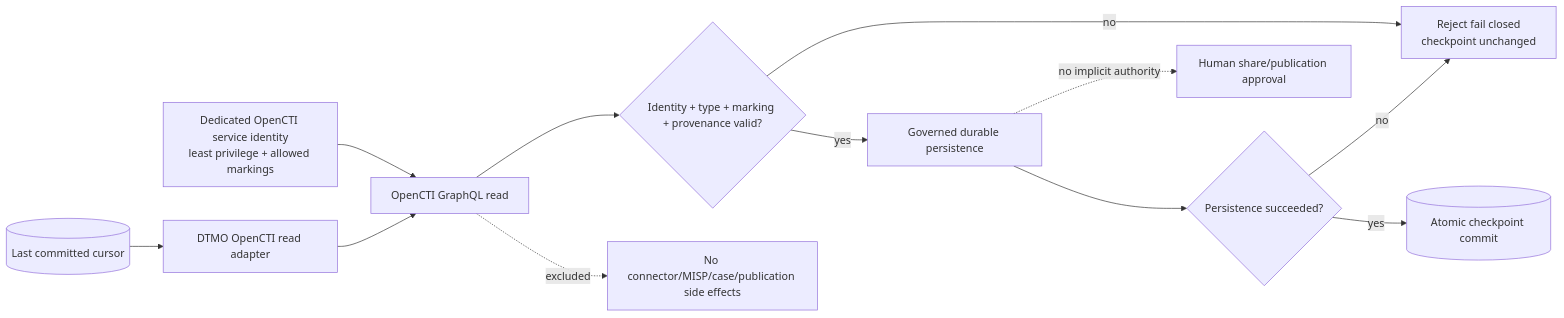
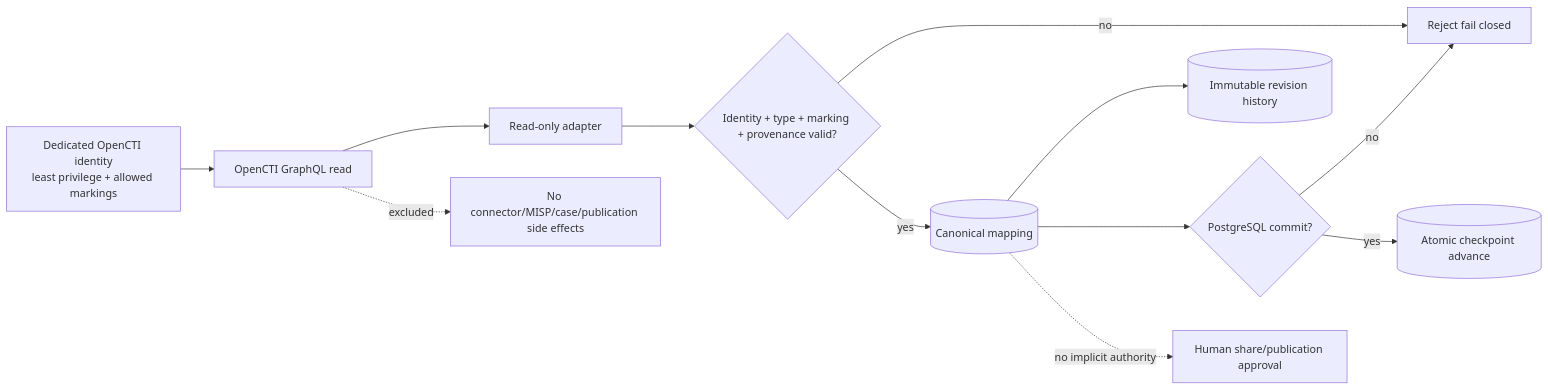
One commit to GJvManen/dtmo changed the diagram in docs/security/SECURITY_OVERVIEW.md. Above: the diagram before and after it, drawn with Mermaid. The commit also changed other lines of this file, not shown here.

Commit message:
Phase 11.4: document OpenCTI persistence security boundary

````diff
--- a/docs/security/SECURITY_OVERVIEW.md
+++ b/docs/security/SECURITY_OVERVIEW.md
@@ -60,14 +50,14 @@
 ```mermaid
 flowchart LR
-    I[Dedicated OpenCTI service identity\nleast privilege + allowed markings] --> O[OpenCTI GraphQL read]
-    C[(Last committed cursor)] --> A[DTMO OpenCTI read adapter]
-    A --> O
-    O --> V{Identity + type + marking + provenance valid?}
-    V -->|no| Q[Reject fail closed\ncheckpoint unchanged]
-    V -->|yes| P[Governed durable persistence]
-    P --> K{Persistence succeeded?}
-    K -->|no| Q
-    K -->|yes| N[(Atomic checkpoint commit)]
-    P -. no implicit authority .-> S[Human share/publication approval]
+    I[Dedicated OpenCTI identity\nleast privilege + allowed markings] --> O[OpenCTI GraphQL read]
+    O --> A[Read-only adapter]
+    A --> V{Identity + type + marking + provenance valid?}
+    V -->|no| Q[Reject fail closed]
+    V -->|yes| M[(Canonical mapping)]
+    M --> R[(Immutable revision history)]
+    M --> D{PostgreSQL commit?}
+    D -->|no| Q
+    D -->|yes| C[(Atomic checkpoint advance)]
+    M -. no implicit authority .-> S[Human share/publication approval]
     O -. excluded .-> X[No connector/MISP/case/publication side effects]
 ```
````
